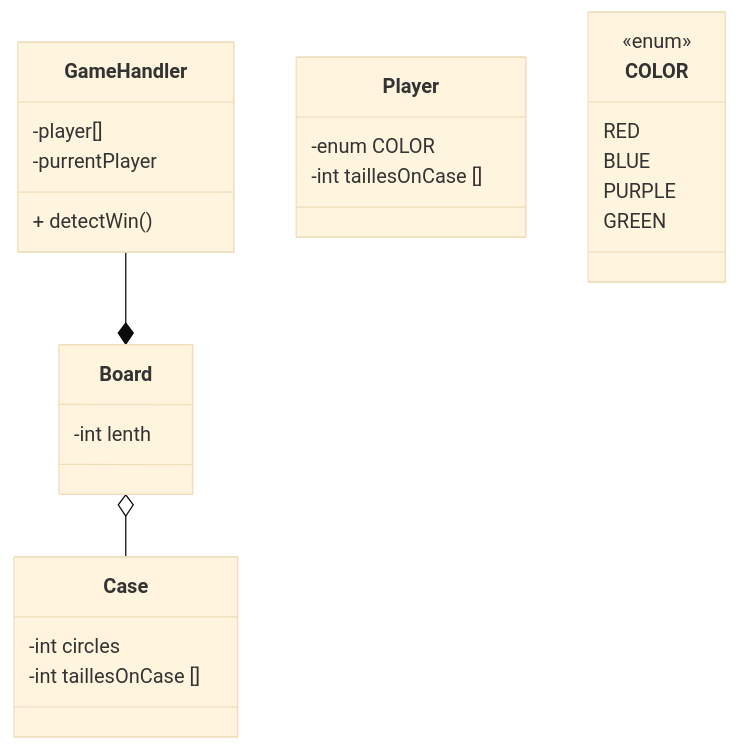
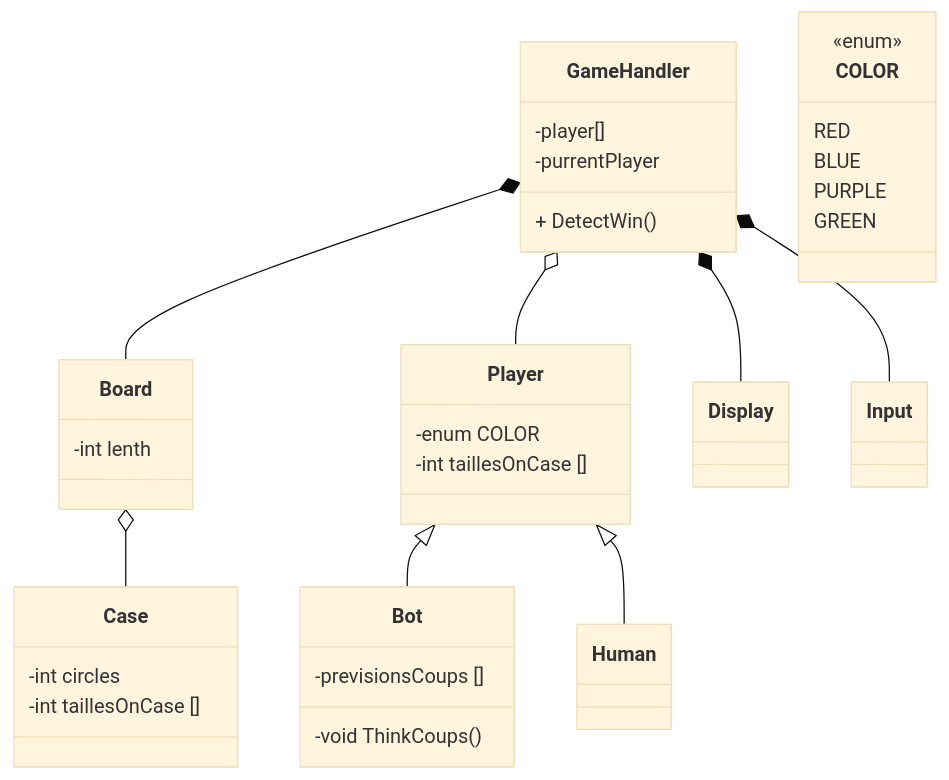
The diagram in ClassDigram.md (ECN-SEC-SMP/tp6-note-jack_nathan_eugenie_annabelle), drawn with Mermaid (base theme) before and after one commit.

Commit message:
Diagramme de classes à complèter

````diff
--- a/ClassDigram.md
+++ b/ClassDigram.md
@@ -3,39 +3,66 @@
 ```mermaid
 
 classDiagram 
 
+%% ----------- LIENS ----------- %%
+    
+    GameHandler *-- Board
+    GameHandler o-- Player
+    GameHandler *-- Display
+    GameHandler *-- Input
+
+    Board o-- Case
+
+    Player <|-- Bot
+    Player <|-- Human
+
+
+%% ----------- CLASSES ----------- %%
+
     class GameHandler {
         -player[]
         -purrentPlayer
-        + detectWin()
+        + DetectWin()
     } 
-     
 
     class Board {
         -int lenth
     } 
 
-    GameHandler --* Board
-
     class Case {
         -int circles 
         -int taillesOnCase []
     }
- 
-    Board o-- Case
 
     class Player {
         -enum COLOR 
         -int taillesOnCase []
+    }
+
+    class Bot {
+        -previsionsCoups []
+        -void ThinkCoups ()
+    }
+
+    class Human {
+        
+    }
+
+    class Display {
+        
+    }
+
+    class Input {
+        
     }
 
     class  COLOR {
     <<enum>>
 
         RED
         BLUE
         PURPLE
         GREEN
     }
 
 ```
````
